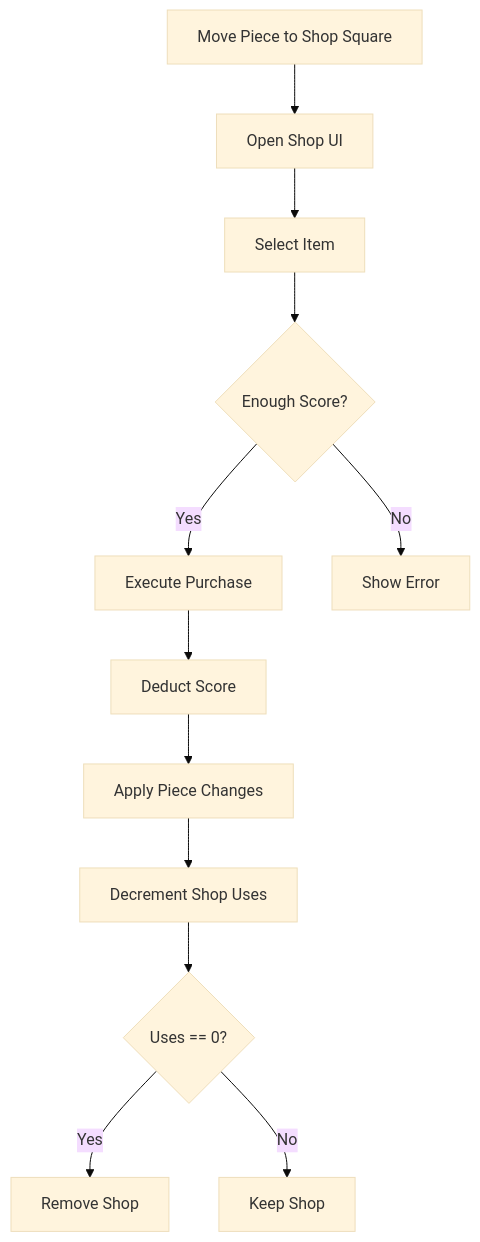
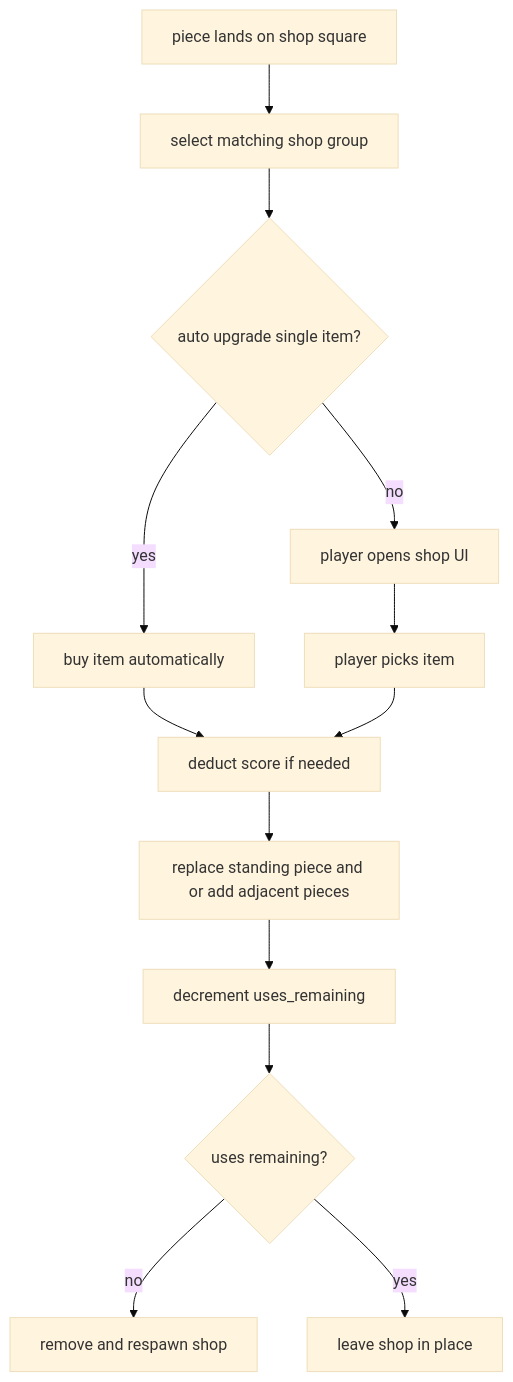
Before and after one commit to libreslop/ffchess: the diagram in docs/logic/world.md, drawn with Mermaid (base theme). The commit also changed other lines of this file and 17 other files, not shown here.

````diff
--- a/docs/logic/world.md
+++ b/docs/logic/world.md
@@ -45,14 +85,15 @@
 ```mermaid
-graph TD
-    A[Move Piece to Shop Square] --> B[Open Shop UI]
-    B --> C[Select Item]
-    C --> D{Enough Score?}
-    D -- Yes --> E[Execute Purchase]
-    D -- No --> F[Show Error]
-    E --> G[Deduct Score]
-    G --> H[Apply Piece Changes]
-    H --> I[Decrement Shop Uses]
-    I --> J{Uses == 0?}
-    J -- Yes --> K[Remove Shop]
-    J -- No --> L[Keep Shop]
+flowchart TD
+    A[piece lands on shop square] --> B[select matching shop group]
+    B --> C{auto upgrade single item?}
+    C -- yes --> D[buy item automatically]
+    C -- no --> E[player opens shop UI]
+    E --> F[player picks item]
+    D --> G[deduct score if needed]
+    F --> G
+    G --> H[replace standing piece and or add adjacent pieces]
+    H --> I[decrement uses_remaining]
+    I --> J{uses remaining?}
+    J -- no --> K[remove and respawn shop]
+    J -- yes --> L[leave shop in place]
 ```
````
